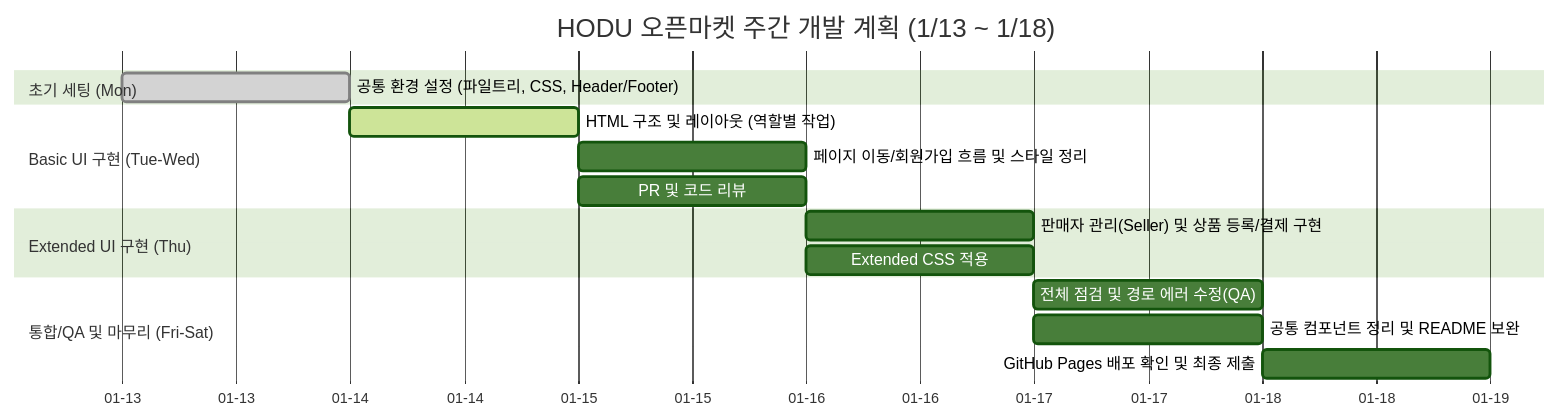
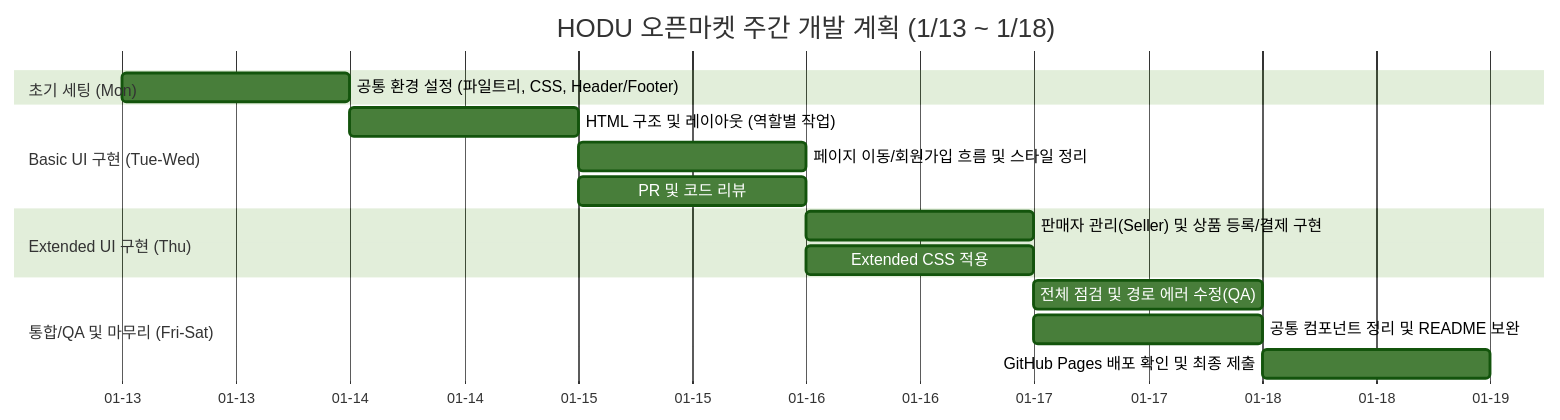
The diagram in README.md (DongmyeongBack/openMarket), drawn with Mermaid (forest theme) before and after one commit.

Commit message:
wbs색 삭제

````diff
--- a/README.md
+++ b/README.md
@@ -7,23 +7,23 @@
 ```mermaid
 gantt
     title HODU 오픈마켓 주간 개발 계획 (1/13 ~ 1/18)
     dateFormat YYYY-MM-DD
     axisFormat %m-%d
 
     section 초기 세팅 (Mon)
-        공통 환경 설정 (파일트리, CSS, Header/Footer) :done, 2026-01-13, 1d
+        공통 환경 설정 (파일트리, CSS, Header/Footer) :2026-01-13, 1d
 
     section Basic UI 구현 (Tue-Wed)
-        HTML 구조 및 레이아웃 (역할별 작업)          :active, 2026-01-14, 1d
+        HTML 구조 및 레이아웃 (역할별 작업)          :2026-01-14, 1d
         페이지 이동/회원가입 흐름 및 스타일 정리      :2026-01-15, 1d
         PR 및 코드 리뷰                            :2026-01-15, 1d
 
     section Extended UI 구현 (Thu)
         판매자 관리(Seller) 및 상품 등록/결제 구현    :2026-01-16, 1d
         Extended CSS 적용                         :2026-01-16, 1d
 
     section 통합/QA 및 마무리 (Fri-Sat)
         전체 점검 및 경로 에러 수정(QA)             :2026-01-17, 1d
         공통 컴포넌트 정리 및 README 보완            :2026-01-17, 1d
         GitHub Pages 배포 확인 및 최종 제출          :2026-01-18, 1d
 ```
````
